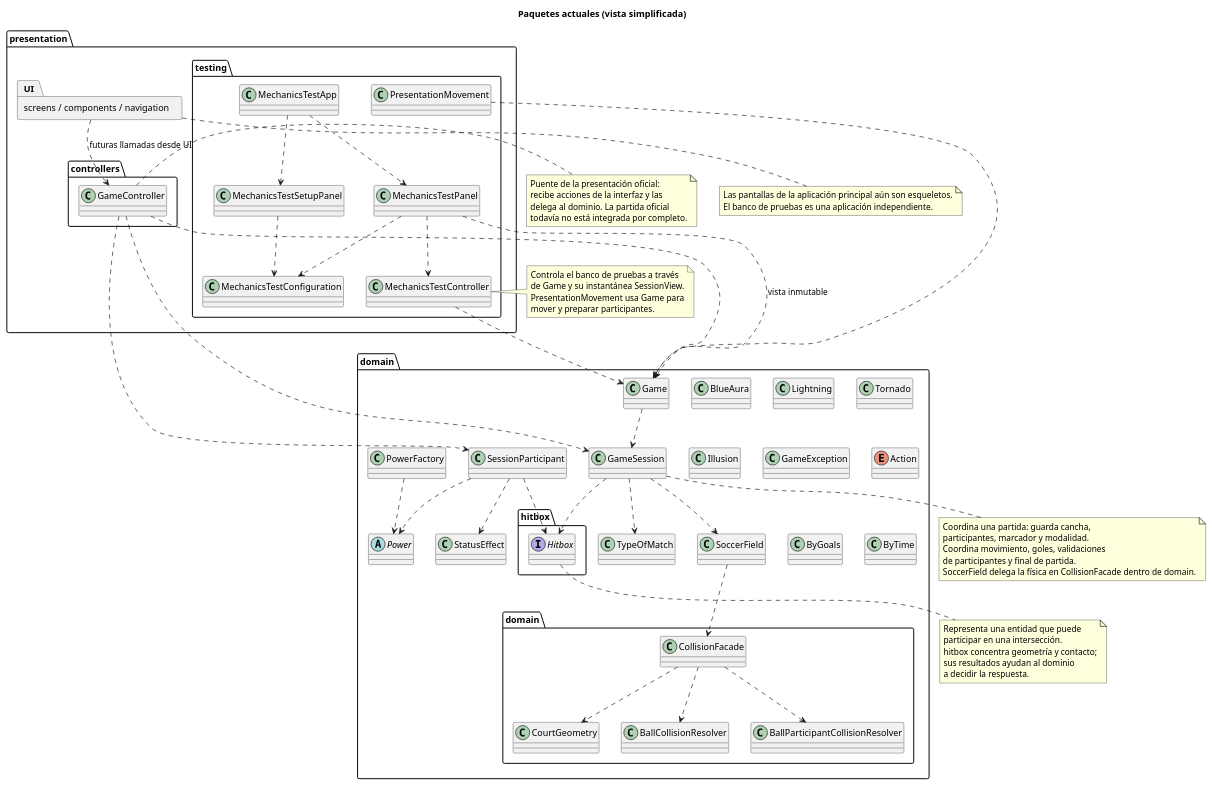
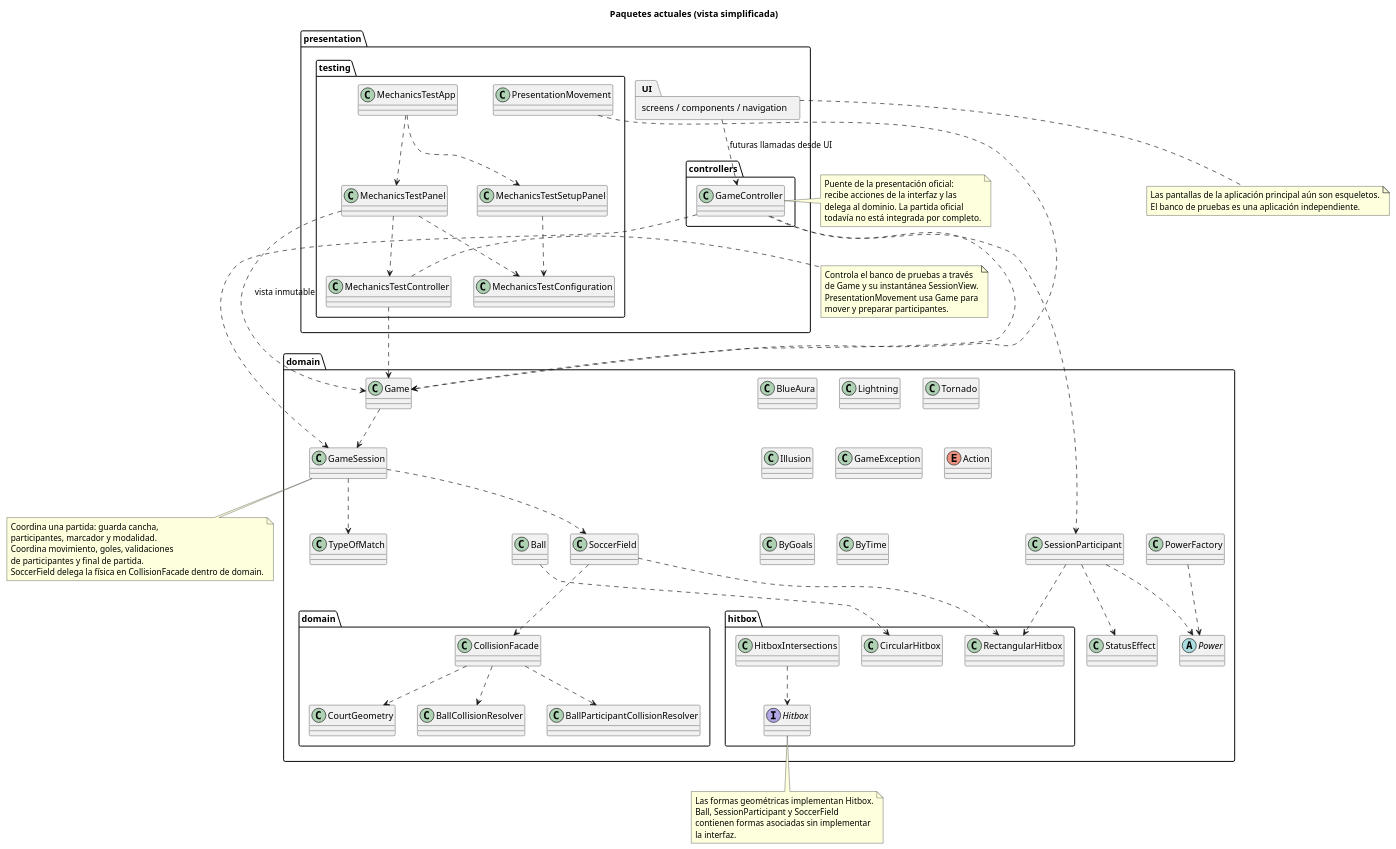
The diagram in docs/uml/package-diagram.puml (PaglkG/ProyectoFinal-Dopo), drawn with PlantUML before and after one commit. The commit also changed 30 other files, not shown here.

```diff
--- a/docs/uml/package-diagram.puml
+++ b/docs/uml/package-diagram.puml
@@ -1,99 +1,104 @@
 @startuml
 allowmixing
 title Paquetes actuales (vista simplificada)
 package "presentation" {
   package "controllers" {
     class GameController
   }
   package "testing" {
     class MechanicsTestApp
     class MechanicsTestSetupPanel
     class MechanicsTestConfiguration
     class MechanicsTestPanel
     class MechanicsTestController
     class PresentationMovement
   }
   package "screens / components / navigation" as UI
 }
 package "domain" {
   class Game
   class GameSession
   class SessionParticipant
+  class Ball
   class TypeOfMatch
   package "hitbox" {
     interface Hitbox
+    class CircularHitbox
+    class RectangularHitbox
+    class HitboxIntersections
   }
   class StatusEffect
   abstract class Power
   class BlueAura
   class Lightning
   class Tornado
   class Illusion
   class PowerFactory
   class GameException
   enum Action
   class ByGoals
   class ByTime
   class SoccerField
   package "domain" {
     class CollisionFacade
     class CourtGeometry
     class BallCollisionResolver
     class BallParticipantCollisionResolver
   }
 }
 GameController ..> Game
 GameController ..> GameSession
 GameController ..> SessionParticipant
 Game ..> GameSession
 GameSession ..> TypeOfMatch
-GameSession ..> Hitbox
 GameSession ..> SoccerField
 SoccerField ..> CollisionFacade
 CollisionFacade ..> CourtGeometry
 CollisionFacade ..> BallCollisionResolver
 CollisionFacade ..> BallParticipantCollisionResolver
-SessionParticipant ..> Hitbox
+Ball ..> CircularHitbox
+SessionParticipant ..> RectangularHitbox
+SoccerField ..> RectangularHitbox
+HitboxIntersections ..> Hitbox
 SessionParticipant ..> StatusEffect
 SessionParticipant ..> Power
 PowerFactory ..> Power
 UI ..> GameController : futuras llamadas desde UI
 MechanicsTestPanel ..> MechanicsTestController
 MechanicsTestSetupPanel ..> MechanicsTestConfiguration
 MechanicsTestApp ..> MechanicsTestSetupPanel
 MechanicsTestApp ..> MechanicsTestPanel
 MechanicsTestPanel ..> MechanicsTestConfiguration
 MechanicsTestPanel ..> Game : vista inmutable
 MechanicsTestController ..> Game
 PresentationMovement ..> Game
 note bottom of UI
   Las pantallas de la aplicación principal aún son esqueletos.
   El banco de pruebas es una aplicación independiente.
 end note
 note right of GameController
   Puente de la presentación oficial:
   recibe acciones de la interfaz y las
   delega al dominio. La partida oficial
   todavía no está integrada por completo.
 end note
 note bottom of GameSession
   Coordina una partida: guarda cancha,
   participantes, marcador y modalidad.
   Coordina movimiento, goles, validaciones
   de participantes y final de partida.
   SoccerField delega la física en CollisionFacade dentro de domain.
 end note
 note bottom of Hitbox
-  Representa una entidad que puede
-  participar en una intersección.
-  hitbox concentra geometría y contacto;
-  sus resultados ayudan al dominio
-  a decidir la respuesta.
+  Las formas geométricas implementan Hitbox.
+  Ball, SessionParticipant y SoccerField
+  contienen formas asociadas sin implementar
+  la interfaz.
 end note
 note right of MechanicsTestController
   Controla el banco de pruebas a través
   de Game y su instantánea SessionView.
   PresentationMovement usa Game para
   mover y preparar participantes.
 end note
 @enduml
```
